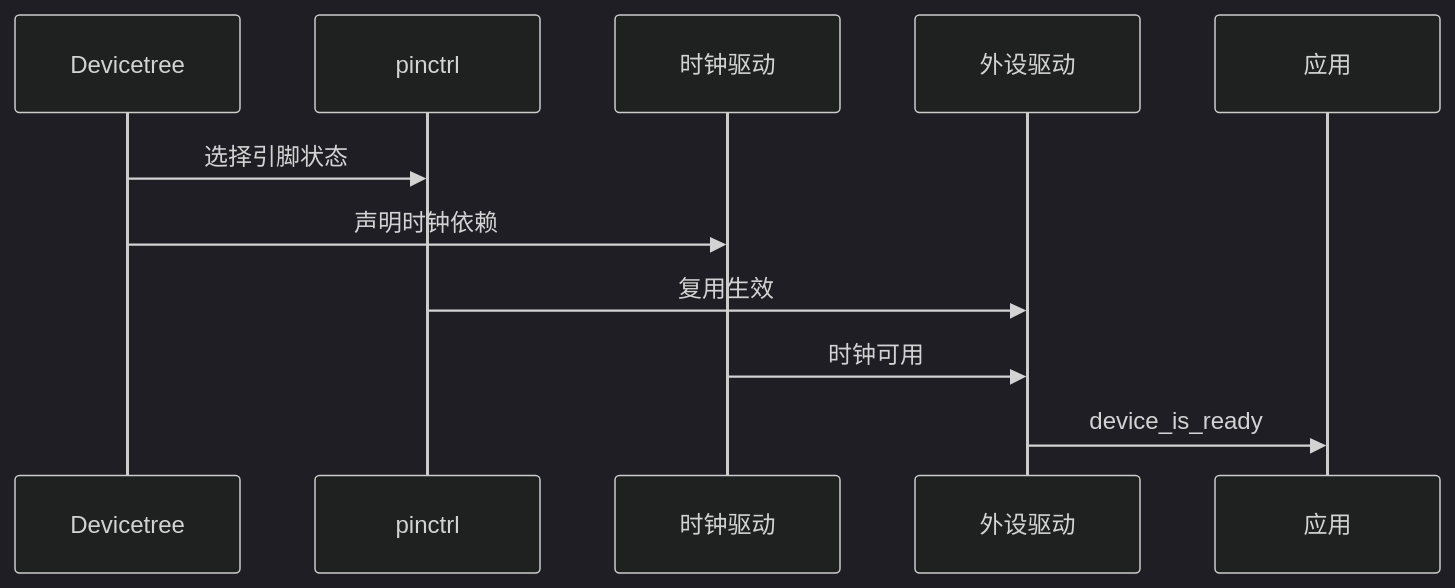
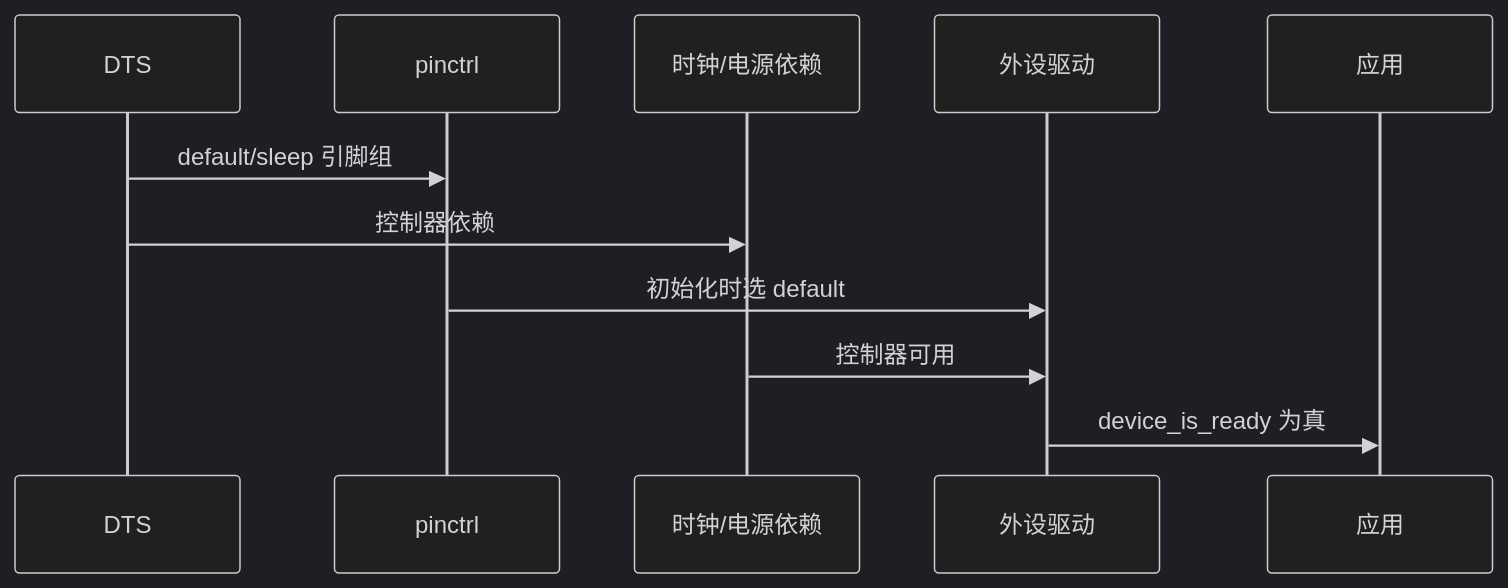
The second of 2 diagrams in docs/articles/zephyr/zephyr-24-board-porting-part2-peripherals.md (cdragon-ljl/EEandEdgeAI), drawn with Mermaid (dark theme) before and after one commit. The commit also changed other lines of this file and 35 other files, not shown here.

````diff
--- a/docs/articles/zephyr/zephyr-24-board-porting-part2-peripherals.md
+++ b/docs/articles/zephyr/zephyr-24-board-porting-part2-peripherals.md
@@ -55,13 +35,13 @@
 ```mermaid
 sequenceDiagram
-    participant D as Devicetree
-    participant P as pinctrl
-    participant C as 时钟驱动
-    participant X as 外设驱动
-    participant A as 应用
-    D->>P: 选择引脚状态
-    D->>C: 声明时钟依赖
-    P->>X: 复用生效
-    C->>X: 时钟可用
-    X->>A: device_is_ready
+    participant DT as DTS
+    participant PC as pinctrl
+    participant CL as 时钟/电源依赖
+    participant DR as 外设驱动
+    participant AP as 应用
+    DT->>PC: default/sleep 引脚组
+    DT->>CL: 控制器依赖
+    PC->>DR: 初始化时选 default
+    CL->>DR: 控制器可用
+    DR->>AP: device_is_ready 为真
 ```
````
